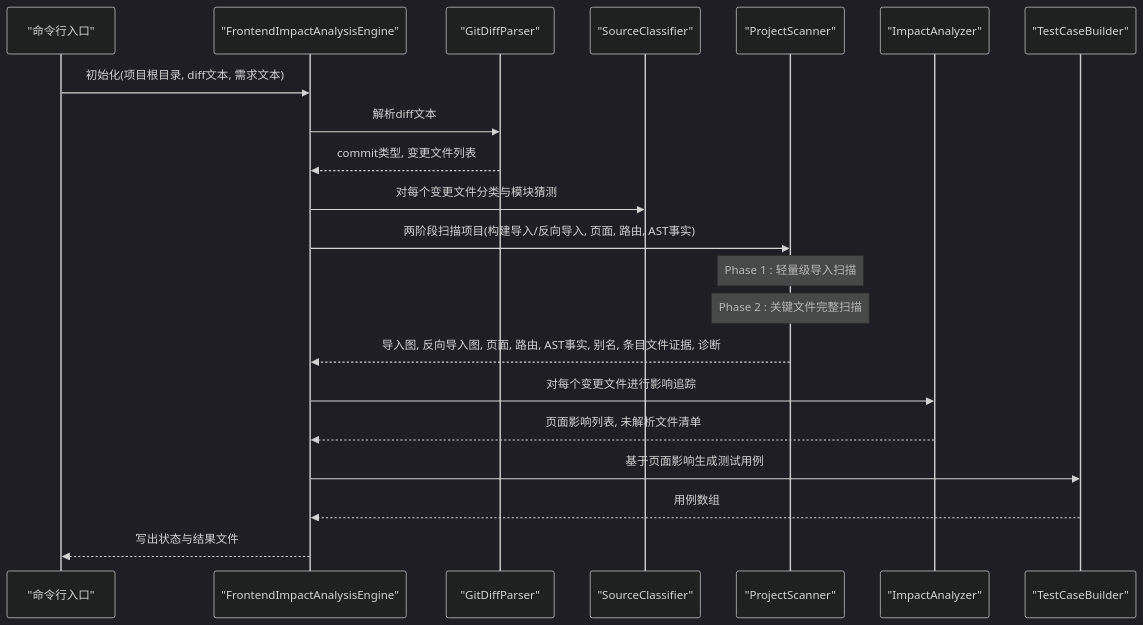
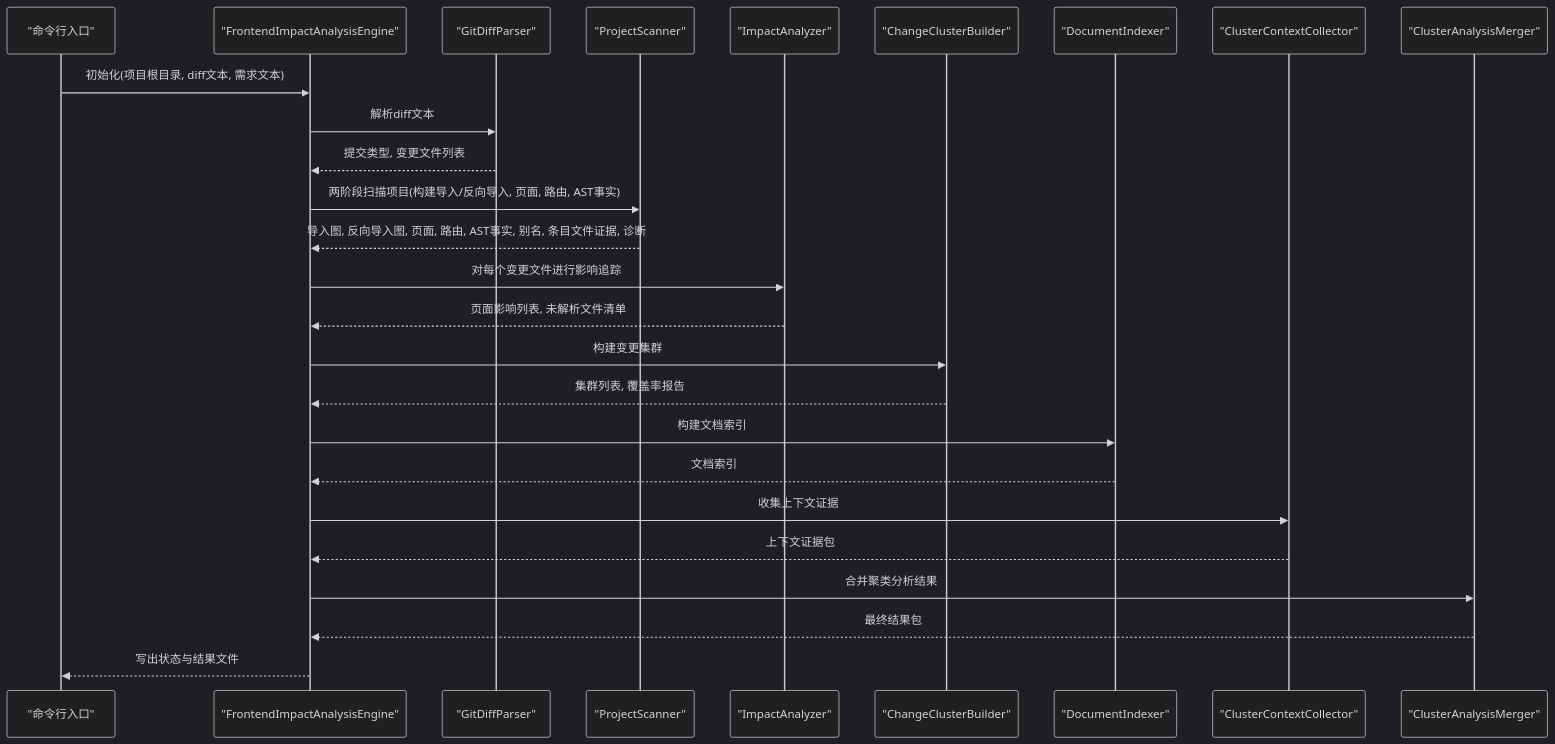
The third of 12 diagrams in .qoder/repowiki/zh/content/核心功能/核心功能.md (brand-new-remo/frontend-impact-analyzer), drawn with Mermaid (dark theme) before and after one commit. The commit also changed other lines of this file and 9 other files, not shown here.

````diff
--- a/.qoder/repowiki/zh/content/核心功能/核心功能.md
+++ b/.qoder/repowiki/zh/content/核心功能/核心功能.md
@@ -142,23 +166,28 @@
 ```mermaid
 sequenceDiagram
 participant CLI as "命令行入口"
 participant Engine as "FrontendImpactAnalysisEngine"
-participant Diff as "GitDiffParser"
-participant Classifier as "SourceClassifier"
+participant Parser as "GitDiffParser"
 participant Scanner as "ProjectScanner"
 participant Analyzer as "ImpactAnalyzer"
-participant Builder as "TestCaseBuilder"
+participant ClusterBuilder as "ChangeClusterBuilder"
+participant DocIndexer as "DocumentIndexer"
+participant ContextCollector as "ClusterContextCollector"
+participant Merger as "ClusterAnalysisMerger"
 CLI->>Engine : 初始化(项目根目录, diff文本, 需求文本)
-Engine->>Diff : 解析diff文本
-Diff-->>Engine : commit类型, 变更文件列表
-Engine->>Classifier : 对每个变更文件分类与模块猜测
+Engine->>Parser : 解析diff文本
+Parser-->>Engine : 提交类型, 变更文件列表
 Engine->>Scanner : 两阶段扫描项目(构建导入/反向导入, 页面, 路由, AST事实)
-Note over Scanner : Phase 1 : 轻量级导入扫描
-Note over Scanner : Phase 2 : 关键文件完整扫描
 Scanner-->>Engine : 导入图, 反向导入图, 页面, 路由, AST事实, 别名, 条目文件证据, 诊断
 Engine->>Analyzer : 对每个变更文件进行影响追踪
 Analyzer-->>Engine : 页面影响列表, 未解析文件清单
-Engine->>Builder : 基于页面影响生成测试用例
-Builder-->>Engine : 用例数组
+Engine->>ClusterBuilder : 构建变更集群
+ClusterBuilder-->>Engine : 集群列表, 覆盖率报告
+Engine->>DocIndexer : 构建文档索引
+DocIndexer-->>Engine : 文档索引
+Engine->>ContextCollector : 收集上下文证据
+ContextCollector-->>Engine : 上下文证据包
+Engine->>Merger : 合并聚类分析结果
+Merger-->>Engine : 最终结果包
 Engine-->>CLI : 写出状态与结果文件
 ```
````
